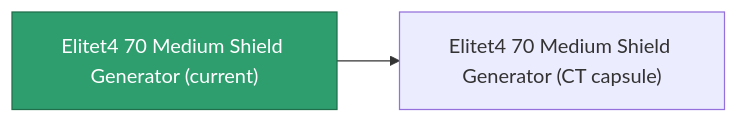
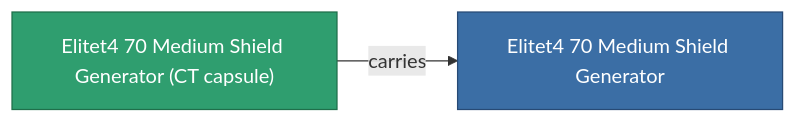
The diagram in content/content/items/elitet4_70_medium_shield_generator.md (OpenPerpetuum/Wiki), drawn with Mermaid before and after one commit. The commit also changed other lines of this file and 2015 other files, not shown here.

````diff
--- a/content/content/items/elitet4_70_medium_shield_generator.md
+++ b/content/content/items/elitet4_70_medium_shield_generator.md
@@ -37,8 +37,9 @@
 ```mermaid
 graph LR
-    a["Elitet4 70 Medium Shield Generator (current)"]:::current
-    b["Elitet4 70 Medium Shield Generator (CT capsule)"]
-    a --> b
-    click b "/content/items/elitet4-70-medium-shield-generator-ct-capsule/" "Elitet4 70 Medium Shield Generator (CT capsule)"
+    a["Elitet4 70 Medium Shield Generator (CT capsule)"]:::current
+    b["Elitet4 70 Medium Shield Generator"]:::finished
+    a -->|carries| b
+                click b "/content/items/elitet4-70-medium-shield-generator/" "Elitet4 70 Medium Shield Generator"
     classDef current fill:#2f9e6f,stroke:#1f6f4a,color:#ffffff
+    classDef finished fill:#3b6ea5,stroke:#274a75,color:#ffffff
 ```
````
